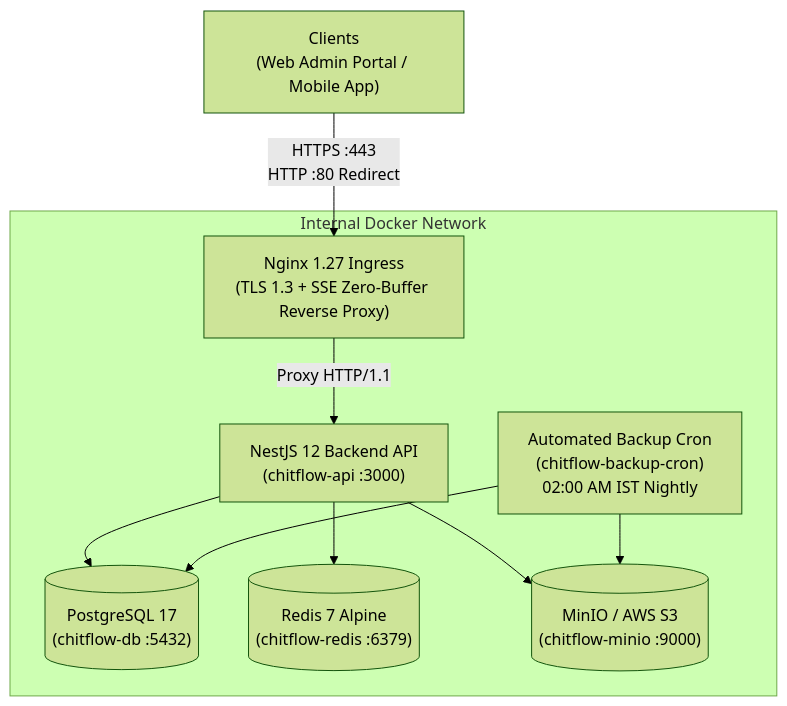
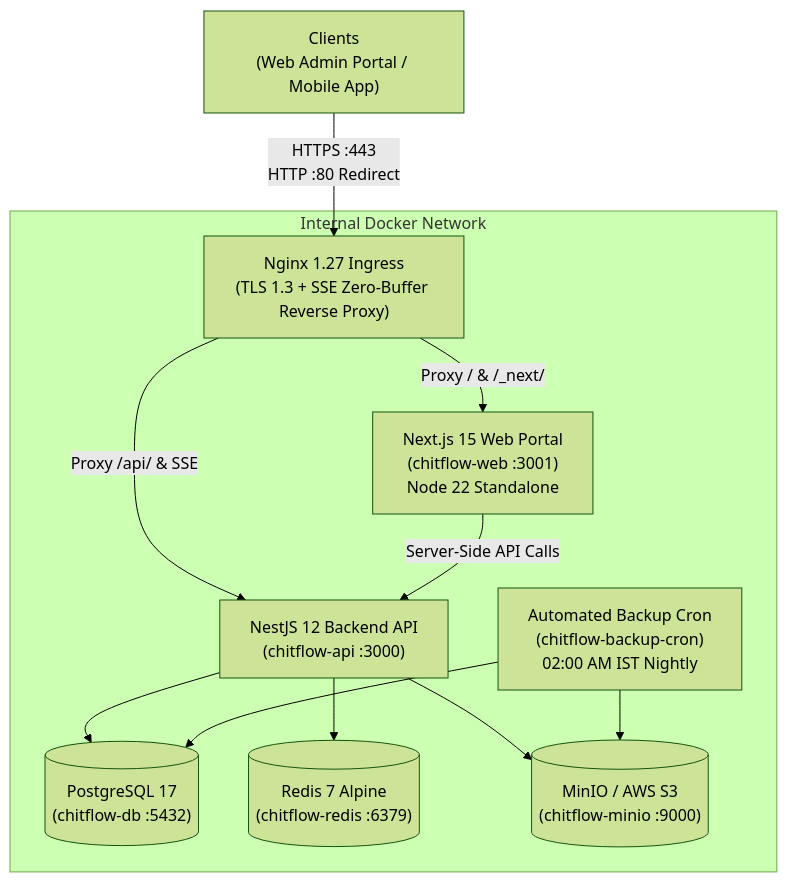
The diagram in infra/docker/PRODUCTION-DEPLOYMENT-GUIDE.md (Kathir-24/Kumaran-finance), drawn with Mermaid (forest theme) before and after one commit. The commit also changed other lines of this file and 9 other files, not shown here.

````diff
--- a/infra/docker/PRODUCTION-DEPLOYMENT-GUIDE.md
+++ b/infra/docker/PRODUCTION-DEPLOYMENT-GUIDE.md
@@ -14,14 +14,16 @@
 ```mermaid
 flowchart TD
     Client["Clients\n(Web Admin Portal / Mobile App)"] -->|HTTPS :443\nHTTP :80 Redirect| Nginx["Nginx 1.27 Ingress\n(TLS 1.3 + SSE Zero-Buffer Reverse Proxy)"]
 
     subgraph Internal Docker Network
-        Nginx -->|Proxy HTTP/1.1| API["NestJS 12 Backend API\n(chitflow-api :3000)"]
+        Nginx -->|Proxy / & /_next/| Web["Next.js 15 Web Portal\n(chitflow-web :3001)\nNode 22 Standalone"]
+        Nginx -->|Proxy /api/ & SSE| API["NestJS 12 Backend API\n(chitflow-api :3000)"]
+        Web -->|Server-Side API Calls| API
         API --> DB[("PostgreSQL 17\n(chitflow-db :5432)")]
         API --> Redis[("Redis 7 Alpine\n(chitflow-redis :6379)")]
         API --> S3[("MinIO / AWS S3\n(chitflow-minio :9000)")]
 
         BackupCron["Automated Backup Cron\n(chitflow-backup-cron)\n02:00 AM IST Nightly"] --> DB
         BackupCron --> S3
     end
 ```
````
